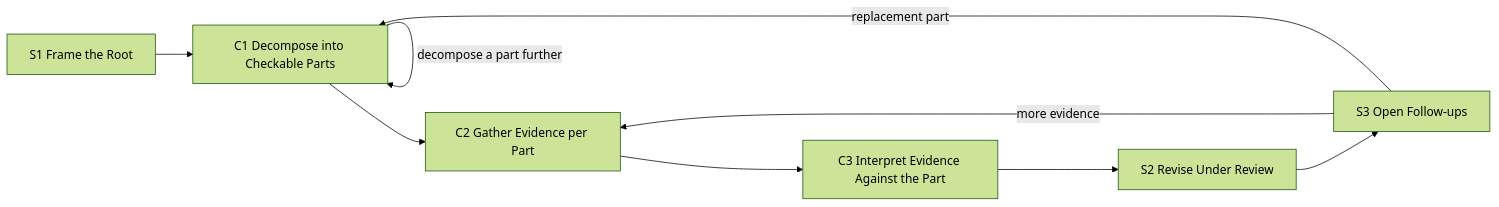
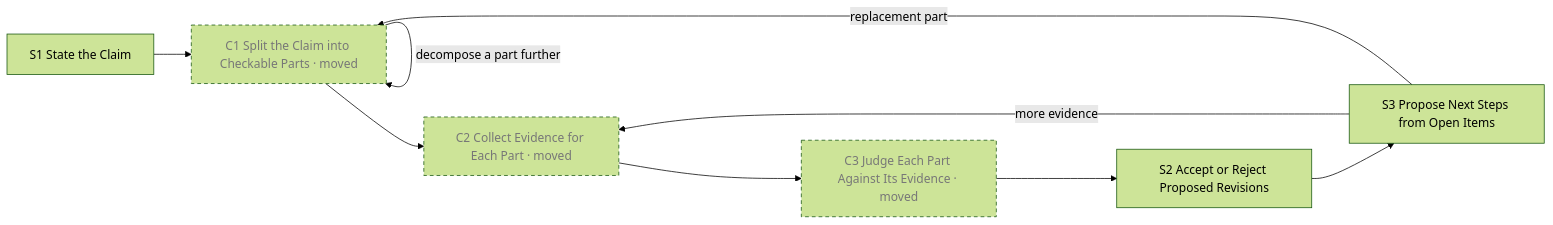
The third of 3 diagrams in pattern-language/pattern-language-mvp.md (ucla-hci/interaction-design-patterns), drawn with Mermaid (forest theme) before and after one commit. The commit also changed other lines of this file and 1 other file, not shown here.

First line of the commit message:
9/29: MVP restructure — Goal/Failure, CP-led steps, subtask renames, component rules

````diff
--- a/pattern-language/pattern-language-mvp.md
+++ b/pattern-language/pattern-language-mvp.md
@@ -179,11 +213,12 @@
 ```mermaid
 flowchart LR
-  S1["S1 Frame the Root"] --> C1["C1 Decompose into Checkable Parts"]
-  C1 --> C2["C2 Gather Evidence per Part"]
-  C2 --> C3["C3 Interpret Evidence Against the Part"]
-  C3 --> S2["S2 Revise Under Review"]
-  S2 --> S3["S3 Open Follow-ups"]
+  S1["S1 State the Claim"] --> C1["C1 Split the Claim into Checkable Parts · moved"]:::moved
+  C1 --> C2["C2 Collect Evidence for Each Part · moved"]:::moved
+  C2 --> C3["C3 Judge Each Part Against Its Evidence · moved"]:::moved
+  C3 --> S2["S2 Accept or Reject Proposed Revisions"]
+  S2 --> S3["S3 Propose Next Steps from Open Items"]
   S3 -- "more evidence" --> C2
   S3 -- "replacement part" --> C1
   C1 -- "decompose a part further" --> C1
+  classDef moved stroke-dasharray:5 4,color:#777
 ```
````
